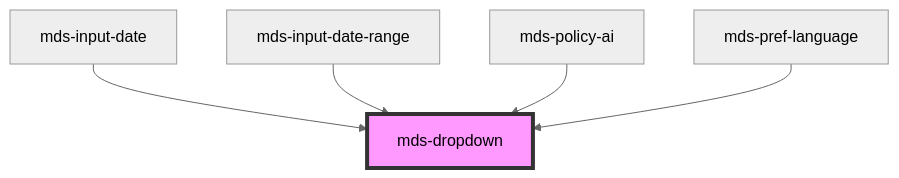
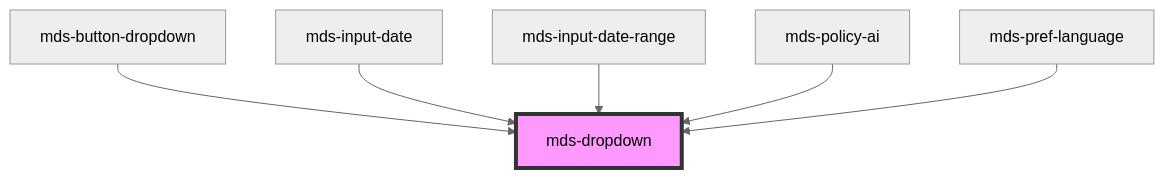
Before and after one commit to magma-design-system/magma: the diagram in projects/stencil/src/components/mds-dropdown/readme.md, drawn with Mermaid (neutral theme). The commit also changed other lines of this file and 1 other file, not shown here.

````diff
--- a/projects/stencil/src/components/mds-dropdown/readme.md
+++ b/projects/stencil/src/components/mds-dropdown/readme.md
@@ -111,8 +112,9 @@
 ```mermaid
 graph TD;
+  mds-button-dropdown --> mds-dropdown
   mds-input-date --> mds-dropdown
   mds-input-date-range --> mds-dropdown
   mds-policy-ai --> mds-dropdown
   mds-pref-language --> mds-dropdown
   style mds-dropdown fill:#f9f,stroke:#333,stroke-width:4px
 ```
````
